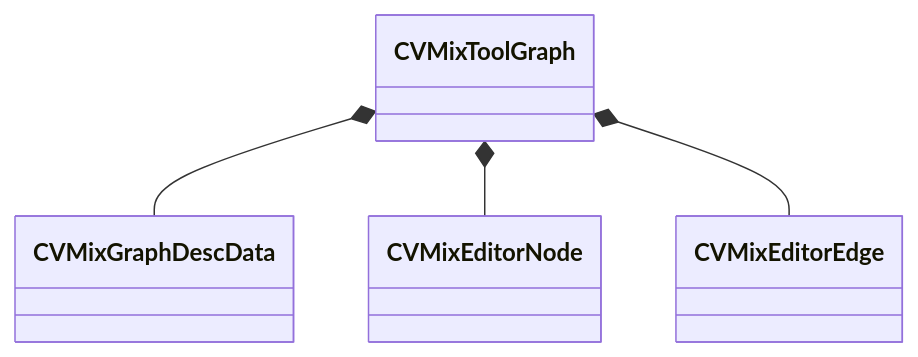
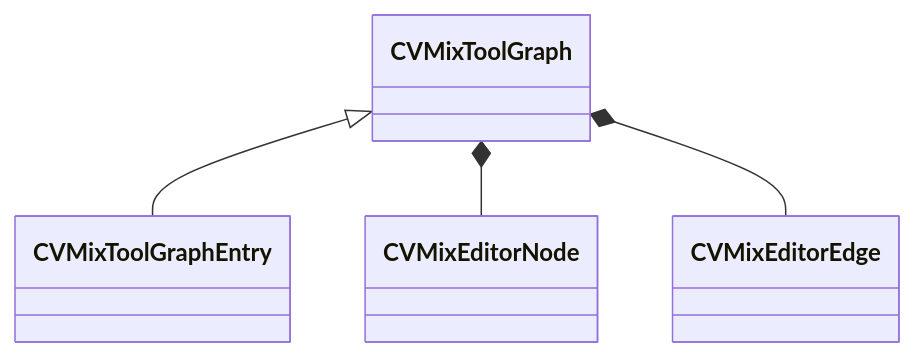
Before and after one commit to CS2OpenDev/CS2OpenDev-Docs: the diagram in docs/generated/schemas/sounddoc_lib/CVMixToolGraph.md, drawn with Mermaid. The commit also changed other lines of this file and 4654 other files, not shown here.

Commit message:
docs: regenerate for SchemaTracker build 25947352 [skip ci]

````diff
--- a/docs/generated/schemas/sounddoc_lib/CVMixToolGraph.md
+++ b/docs/generated/schemas/sounddoc_lib/CVMixToolGraph.md
@@ -17,6 +19,6 @@
 ```mermaid
 classDiagram
-    CVMixToolGraph *-- CVMixGraphDescData
+    CVMixToolGraph <|-- CVMixToolGraphEntry
     CVMixToolGraph *-- CVMixEditorNode
     CVMixToolGraph *-- CVMixEditorEdge
 ```
````
